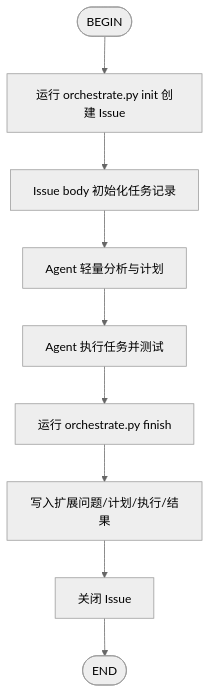
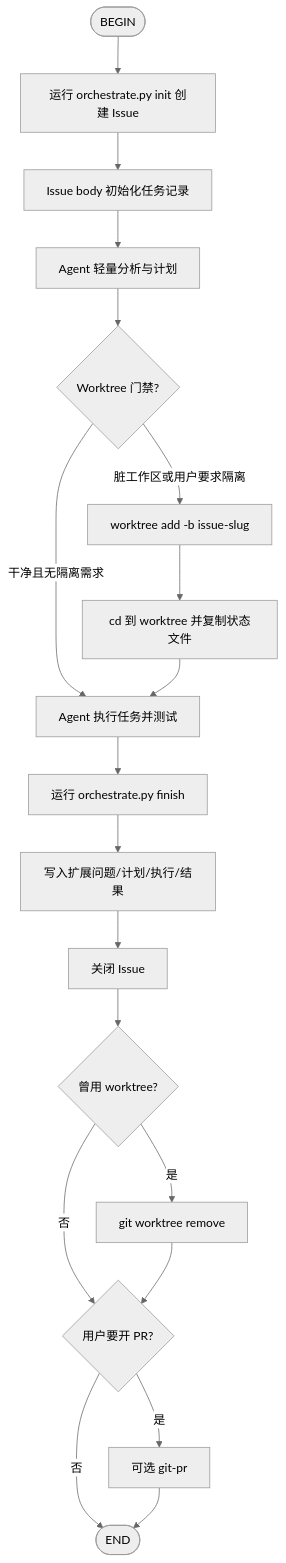
The diagram in git-workflow/SKILL.md (qdriven/devops-skill), drawn with Mermaid (neutral theme) before and after one commit. The commit also changed other lines of this file and 7 other files, not shown here.

````diff
--- a/git-workflow/SKILL.md
+++ b/git-workflow/SKILL.md
@@ -58,11 +84,21 @@
 ```mermaid
 flowchart TD
     BEGIN([BEGIN]) --> INIT[运行 orchestrate.py init 创建 Issue]
     INIT --> BODY[Issue body 初始化任务记录]
     BODY --> PLAN[Agent 轻量分析与计划]
-    PLAN --> IMPLEMENT[Agent 执行任务并测试]
+    PLAN --> WT{Worktree 门禁?}
+    WT -->|脏工作区或用户要求隔离| ADD[worktree add -b issue-slug]
+    WT -->|干净且无隔离需求| IMPLEMENT[Agent 执行任务并测试]
+    ADD --> CD[cd 到 worktree 并复制状态文件]
+    CD --> IMPLEMENT
     IMPLEMENT --> FINISH[运行 orchestrate.py finish]
     FINISH --> UPDATE[写入扩展问题/计划/执行/结果]
     UPDATE --> CLOSE[关闭 Issue]
-    CLOSE --> END([END])
+    CLOSE --> RM{曾用 worktree?}
+    RM -->|是| REMOVE[git worktree remove]
+    RM -->|否| PRQ{用户要开 PR?}
+    REMOVE --> PRQ
+    PRQ -->|是| GPR[可选 git-pr]
+    PRQ -->|否| END([END])
+    GPR --> END
 ```
````
